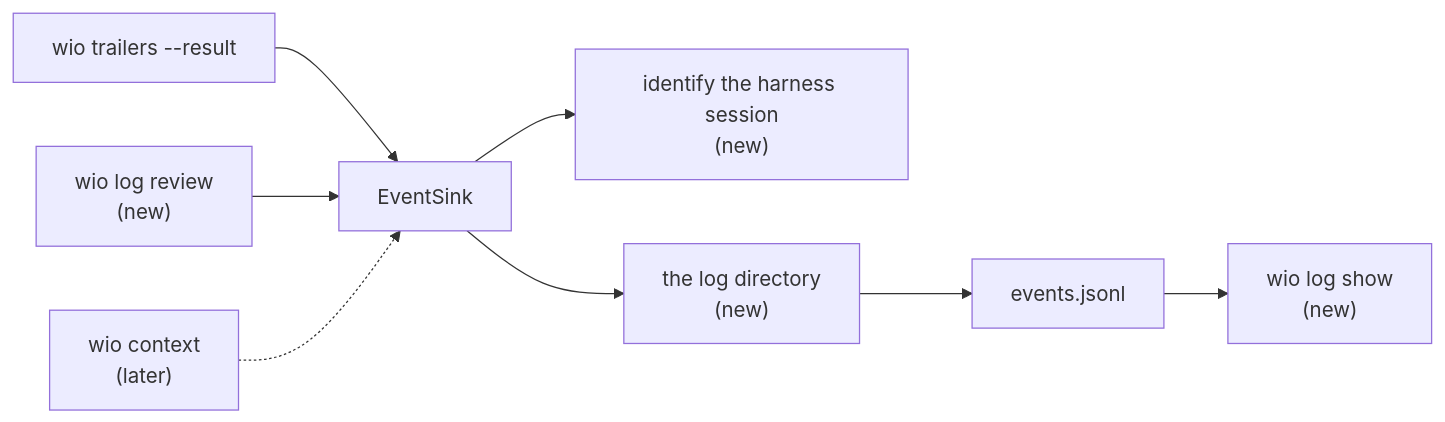
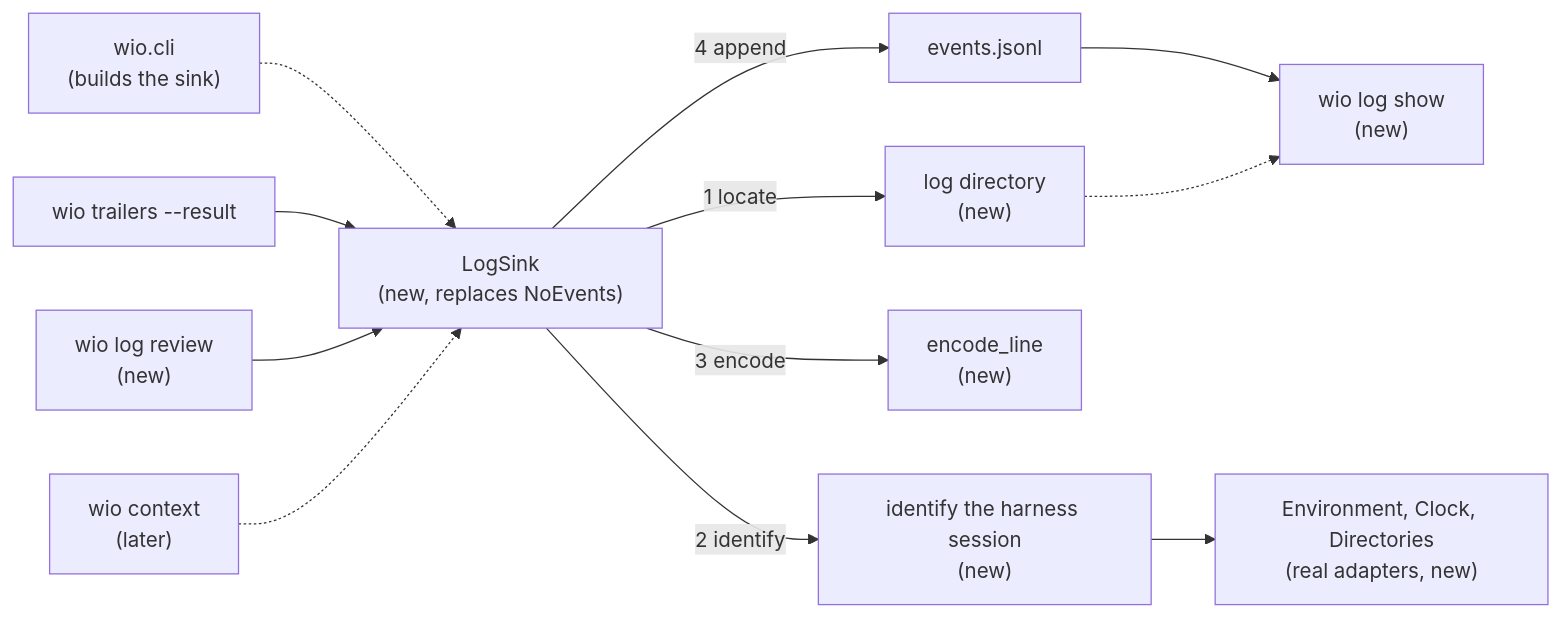
Before and after one commit to msitarz/wio: the second of 2 diagrams in .agents/wio/works/wio-log/README.md, drawn with Mermaid. The commit also changed other lines of this file, not shown here.

First line of the commit message:
docs(log): make the criteria of the top Work system-level and state its verifiers

````diff
--- a/.agents/wio/works/wio-log/README.md
+++ b/.agents/wio/works/wio-log/README.md
@@ -164,10 +185,14 @@
 ```mermaid
 flowchart LR
-    T["wio trailers --result"] --> K["EventSink"]
+    CLI["wio.cli\n(builds the sink)"] -.-> K
+    T["wio trailers --result"] --> K["LogSink\n(new, replaces NoEvents)"]
     R["wio log review\n(new)"] --> K
     C["wio context\n(later)"] -.-> K
-    K --> H["identify the harness session\n(new)"]
-    K --> L["the log directory\n(new)"]
-    L --> E["events.jsonl"]
+    K -- "1 locate" --> L["log directory\n(new)"]
+    K -- "2 identify" --> H["identify the harness session\n(new)"]
+    H --> A["Environment, Clock, Directories\n(real adapters, new)"]
+    K -- "3 encode" --> F["encode_line\n(new)"]
+    K -- "4 append" --> E["events.jsonl"]
     E --> W["wio log show\n(new)"]
+    L -.-> W
 ```
````
